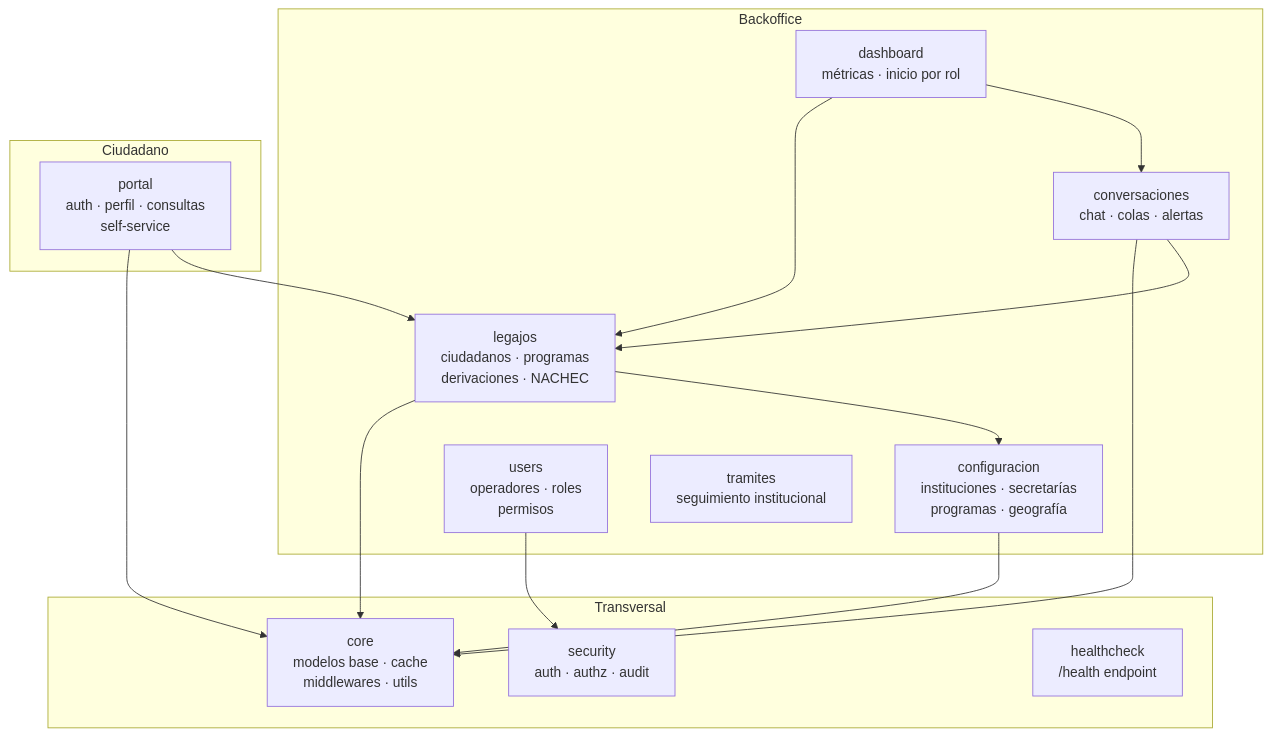
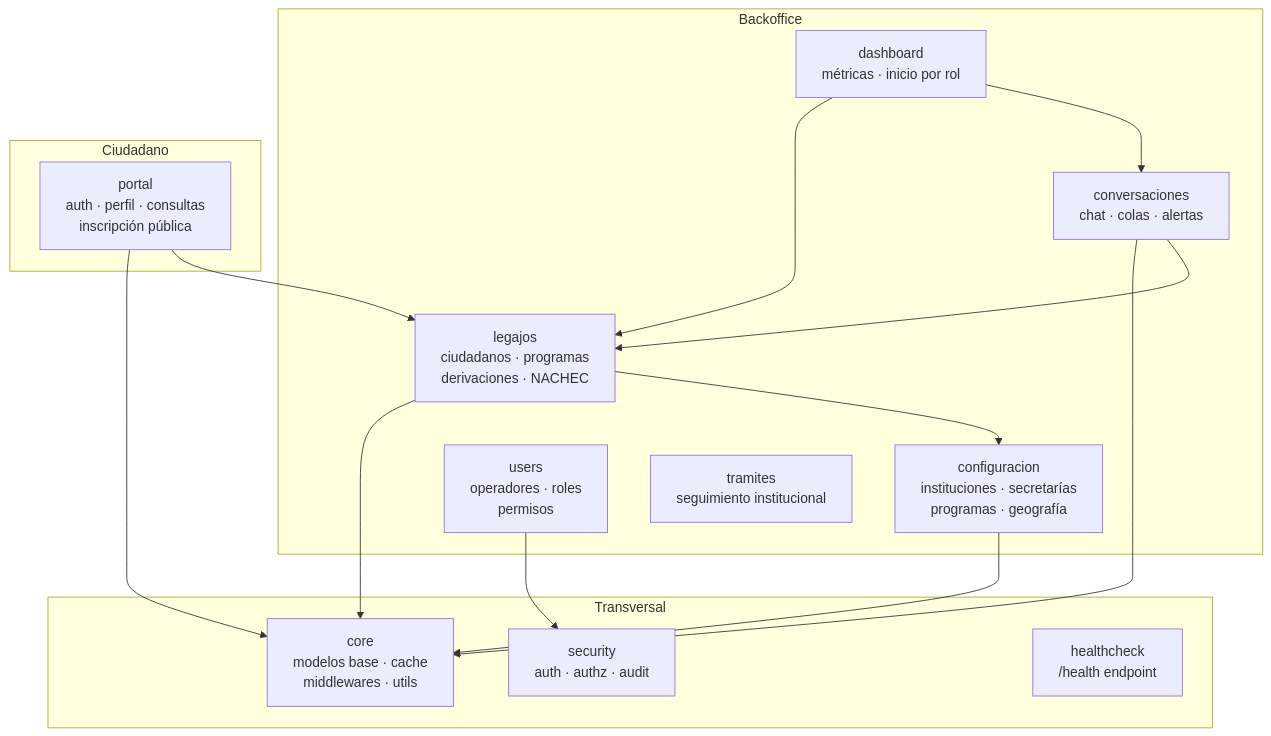
One commit to Mkdir-arg/Chaco-Back changed the second of 5 diagrams in docs/client/architecture.md. Above: the diagram before and after it, drawn with Mermaid. The commit also changed other lines of this file and 9 other files, not shown here.

````diff
--- a/docs/client/architecture.md
+++ b/docs/client/architecture.md
@@ -235,32 +235,32 @@
 ```mermaid
 graph TD
     subgraph Backoffice
         L[legajos<br/>ciudadanos · programas<br/>derivaciones · NACHEC]
         C[configuracion<br/>instituciones · secretarías<br/>programas · geografía]
         V[conversaciones<br/>chat · colas · alertas]
         U[users<br/>operadores · roles<br/>permisos]
         D[dashboard<br/>métricas · inicio por rol]
         T[tramites<br/>seguimiento institucional]
     end
 
     subgraph Ciudadano
-        P[portal<br/>auth · perfil · consultas<br/>self-service]
+        P[portal<br/>auth · perfil · consultas<br/>inscripción pública]
     end
 
     subgraph Transversal
         CO[core<br/>modelos base · cache<br/>middlewares · utils]
         S[security<br/>auth · authz · audit]
         H[healthcheck<br/>/health endpoint]
     end
 
     L --> CO
     C --> CO
     V --> CO
     P --> CO
     U --> S
     L --> C
     V --> L
     P --> L
     D --> L
     D --> V
 ```
````
